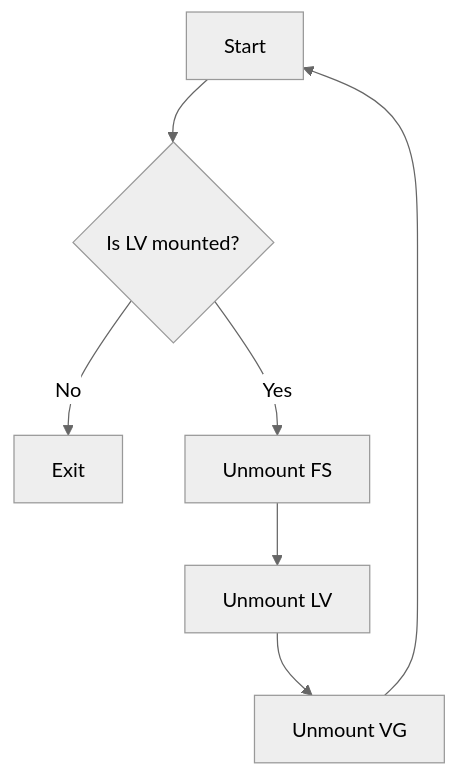
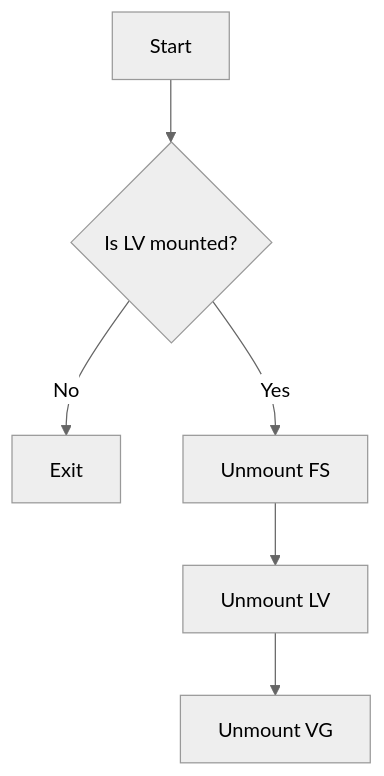
The second of 2 diagrams in mount_unmount_flowchart.md (emmahone/LVM-Operator-overview), drawn with Mermaid (neutral theme) before and after one commit.

Commit message:
remove loop in unmount

````diff
--- a/mount_unmount_flowchart.md
+++ b/mount_unmount_flowchart.md
@@ -38,9 +38,8 @@
   ```mermaid
   graph TD
   A[Start] --> B{Is LV mounted?}
   B --> |No| C[Exit]
   B --> |Yes| D[Unmount FS]
   D --> E[Unmount LV]
   E --> F[Unmount VG]
-  F --> A
   ```
````
